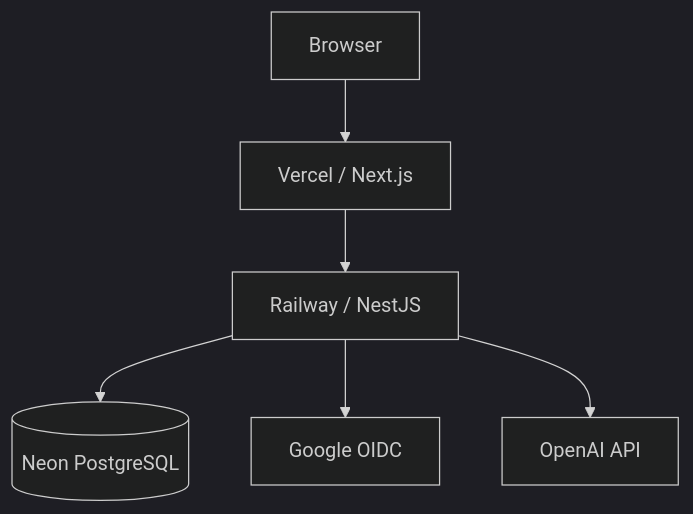
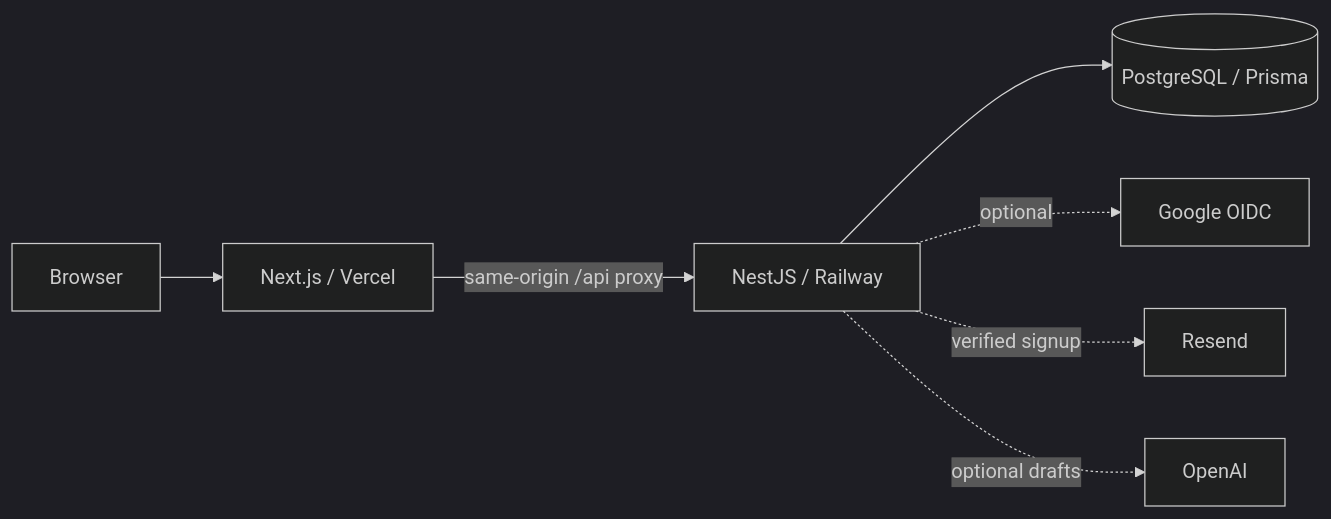
The diagram in README.md (gin0753/Orderly), drawn with Mermaid (dark theme) before and after one commit. The commit also changed other lines of this file and 1255 other files, not shown here.

````diff
--- a/README.md
+++ b/README.md
@@ -466,8 +75,9 @@
 ```mermaid
-flowchart TD
-    Browser --> Vercel[Vercel / Next.js]
-    Vercel --> API[Railway / NestJS]
-    API --> DB[(Neon PostgreSQL)]
-    API --> Google[Google OIDC]
-    API --> OpenAI[OpenAI API]
+flowchart LR
+    Browser --> Web[Next.js / Vercel]
+    Web -->|same-origin /api proxy| API[NestJS / Railway]
+    API --> DB[(PostgreSQL / Prisma)]
+    API -. optional .-> Google[Google OIDC]
+    API -. verified signup .-> Mail[Resend]
+    API -. optional drafts .-> AI[OpenAI]
 ```
````
